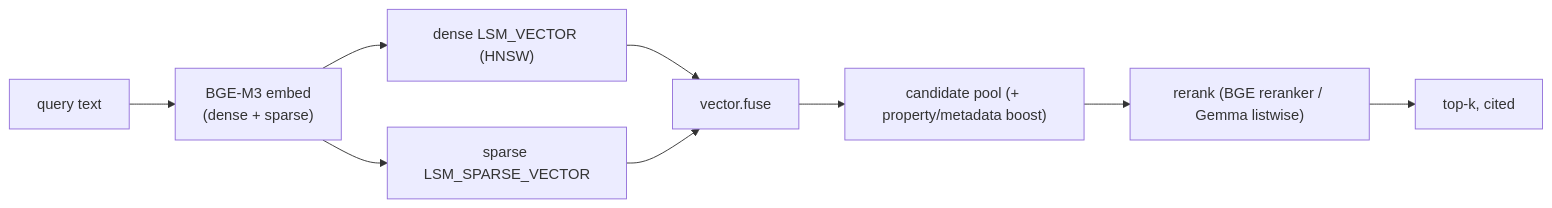
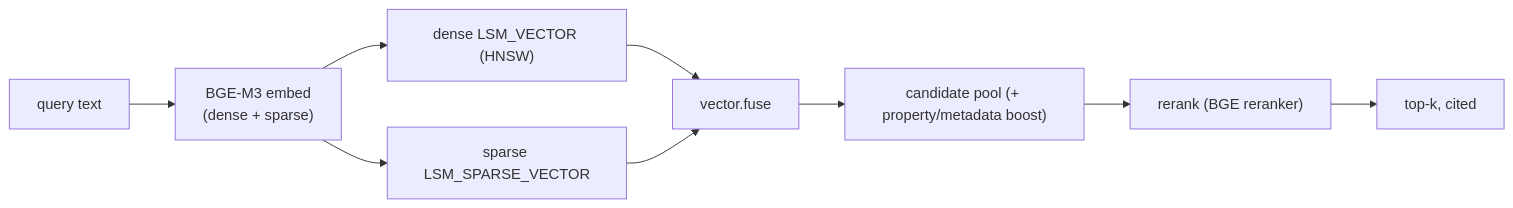
One commit to fzaidi-dai/RAG_Wright changed the third of 5 diagrams in docs/ARCHITECTURE_OVERVIEW.md. Above: the diagram before and after it, drawn with Mermaid. The commit also changed other lines of this file and 22 other files, not shown here.

````diff
--- a/docs/ARCHITECTURE_OVERVIEW.md
+++ b/docs/ARCHITECTURE_OVERVIEW.md
@@ -108,11 +108,11 @@
 ```mermaid
 flowchart LR
   q["query text"] --> emb["BGE-M3 embed<br/>(dense + sparse)"]
   emb --> dv["dense LSM_VECTOR (HNSW)"]
   emb --> sv["sparse LSM_SPARSE_VECTOR"]
   dv --> fuse["vector.fuse"]
   sv --> fuse
   fuse --> pool["candidate pool (+ property/metadata boost)"]
-  pool --> rr["rerank (BGE reranker / Gemma listwise)"]
+  pool --> rr["rerank (BGE reranker)"]
   rr --> top["top-k, cited"]
 ```
````
